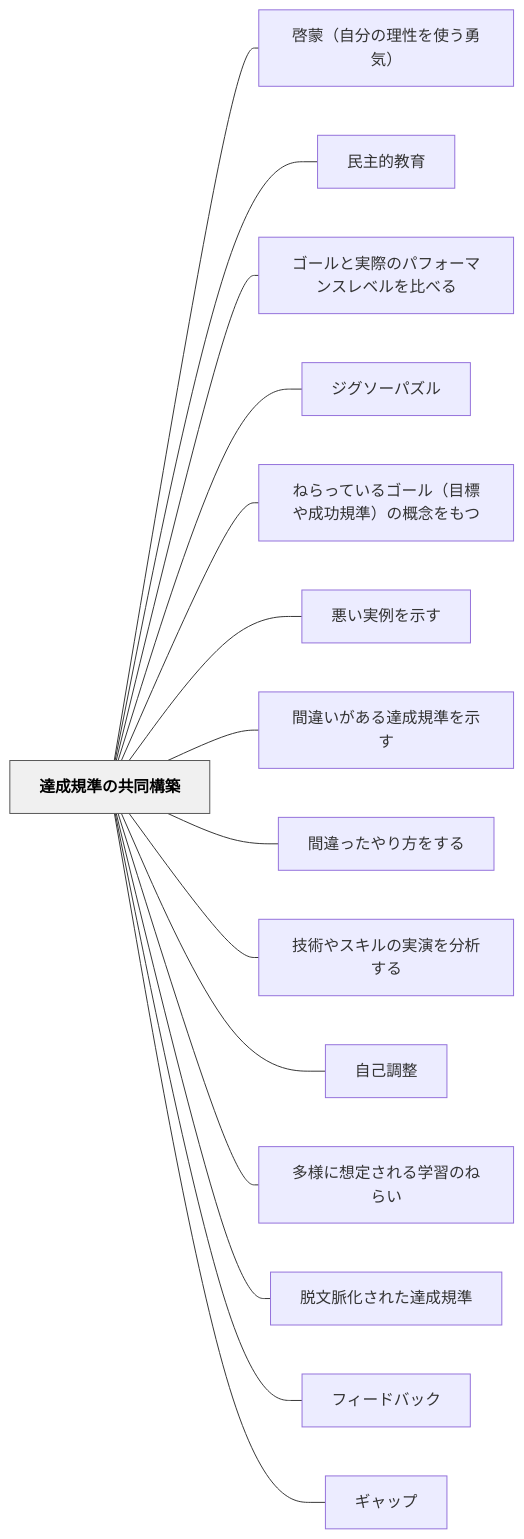
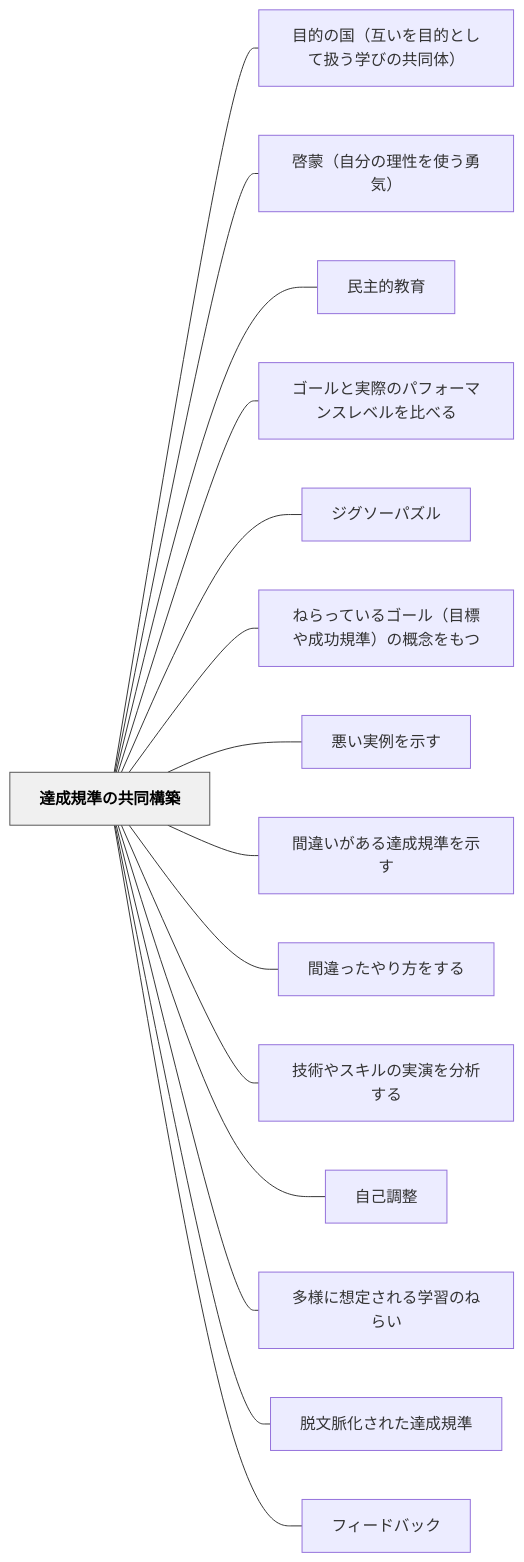
The diagram in content/パタン/達成規準の共同構築.md (unknownthings-ed-patterns/unknownthings-ed-patterns), drawn with Mermaid before and after one commit. The commit also changed other lines of this file and 18 other files, not shown here.

````diff
--- a/content/パタン/達成規準の共同構築.md
+++ b/content/パタン/達成規準の共同構築.md
@@ -66,36 +67,36 @@
 ```mermaid
 flowchart LR
     ne98194e68890e8a68fe6ba96e381aee585b1e5908ce6a78be7af89["達成規準の共同構築"]
+    ne79baee79a84e381aee59bbdefbc88e4ba92e38184e38292e79baee79a84e381a8e38197e381a6e689b1e38186e5ada6e381b3e381aee585b1e5908ce4bd93efbc89["目的の国（互いを目的として扱う学びの共同体）"]
     ne59593e89299efbc88e887aae58886e381aee79086e680a7e38292e4bdbfe38186e58b87e6b097efbc89["啓蒙（自分の理性を使う勇気）"]
     ne6b091e4b8bbe79a84e69599e882b2["民主的教育"]
     ne382b4e383bce383abe381a8e5ae9fe99a9be381aee38391e38395e382a9e383bce3839ee383b3e382b9e383ace38399e383abe38292e6af94e381b9e3828b["ゴールと実際のパフォーマンスレベルを比べる"]
     ne382b8e382b0e382bde383bce38391e382bae383ab["ジグソーパズル"]
     ne381ade38289e381a3e381a6e38184e3828be382b4e383bce383abefbc88e79baee6a899e38284e68890e58a9fe8a68fe6ba96efbc89e381aee6a682e5bfb5e38292e38282e381a4["ねらっているゴール（目標や成功規準）の概念をもつ"]
     ne682aae38184e5ae9fe4be8be38292e7a4bae38199["悪い実例を示す"]
     ne99693e98195e38184e3818ce38182e3828be98194e68890e8a68fe6ba96e38292e7a4bae38199["間違いがある達成規準を示す"]
     ne99693e98195e381a3e3819fe38284e3828ae696b9e38292e38199e3828b["間違ったやり方をする"]
     ne68a80e8a193e38284e382b9e382ade383abe381aee5ae9fe6bc94e38292e58886e69e90e38199e3828b["技術やスキルの実演を分析する"]
     ne887aae5b7b1e8aabfe695b4["自己調整"]
     ne5a49ae6a798e381abe683b3e5ae9ae38195e3828ce3828be5ada6e7bf92e381aee381ade38289e38184["多様に想定される学習のねらい"]
     ne884b1e69687e88488e58c96e38195e3828ce3819fe98194e68890e8a68fe6ba96["脱文脈化された達成規準"]
     ne38395e382a3e383bce38389e38390e38383e382af["フィードバック"]
-    ne382aee383a3e38383e38397["ギャップ"]
 
+    ne98194e68890e8a68fe6ba96e381aee585b1e5908ce6a78be7af89 --- ne79baee79a84e381aee59bbdefbc88e4ba92e38184e38292e79baee79a84e381a8e38197e381a6e689b1e38186e5ada6e381b3e381aee585b1e5908ce4bd93efbc89
     ne98194e68890e8a68fe6ba96e381aee585b1e5908ce6a78be7af89 --- ne59593e89299efbc88e887aae58886e381aee79086e680a7e38292e4bdbfe38186e58b87e6b097efbc89
     ne98194e68890e8a68fe6ba96e381aee585b1e5908ce6a78be7af89 --- ne6b091e4b8bbe79a84e69599e882b2
     ne98194e68890e8a68fe6ba96e381aee585b1e5908ce6a78be7af89 --- ne382b4e383bce383abe381a8e5ae9fe99a9be381aee38391e38395e382a9e383bce3839ee383b3e382b9e383ace38399e383abe38292e6af94e381b9e3828b
     ne98194e68890e8a68fe6ba96e381aee585b1e5908ce6a78be7af89 --- ne382b8e382b0e382bde383bce38391e382bae383ab
     ne98194e68890e8a68fe6ba96e381aee585b1e5908ce6a78be7af89 --- ne381ade38289e381a3e381a6e38184e3828be382b4e383bce383abefbc88e79baee6a899e38284e68890e58a9fe8a68fe6ba96efbc89e381aee6a682e5bfb5e38292e38282e381a4
     ne98194e68890e8a68fe6ba96e381aee585b1e5908ce6a78be7af89 --- ne682aae38184e5ae9fe4be8be38292e7a4bae38199
     ne98194e68890e8a68fe6ba96e381aee585b1e5908ce6a78be7af89 --- ne99693e98195e38184e3818ce38182e3828be98194e68890e8a68fe6ba96e38292e7a4bae38199
     ne98194e68890e8a68fe6ba96e381aee585b1e5908ce6a78be7af89 --- ne99693e98195e381a3e3819fe38284e3828ae696b9e38292e38199e3828b
     ne98194e68890e8a68fe6ba96e381aee585b1e5908ce6a78be7af89 --- ne68a80e8a193e38284e382b9e382ade383abe381aee5ae9fe6bc94e38292e58886e69e90e38199e3828b
     ne98194e68890e8a68fe6ba96e381aee585b1e5908ce6a78be7af89 --- ne887aae5b7b1e8aabfe695b4
     ne98194e68890e8a68fe6ba96e381aee585b1e5908ce6a78be7af89 --- ne5a49ae6a798e381abe683b3e5ae9ae38195e3828ce3828be5ada6e7bf92e381aee381ade38289e38184
     ne98194e68890e8a68fe6ba96e381aee585b1e5908ce6a78be7af89 --- ne884b1e69687e88488e58c96e38195e3828ce3819fe98194e68890e8a68fe6ba96
     ne98194e68890e8a68fe6ba96e381aee585b1e5908ce6a78be7af89 --- ne38395e382a3e383bce38389e38390e38383e382af
-    ne98194e68890e8a68fe6ba96e381aee585b1e5908ce6a78be7af89 --- ne382aee383a3e38383e38397
 
     classDef hub fill:#f0f0f0,stroke:#555,color:#000,font-weight:bold
     class ne98194e68890e8a68fe6ba96e381aee585b1e5908ce6a78be7af89 hub
 ```
````
